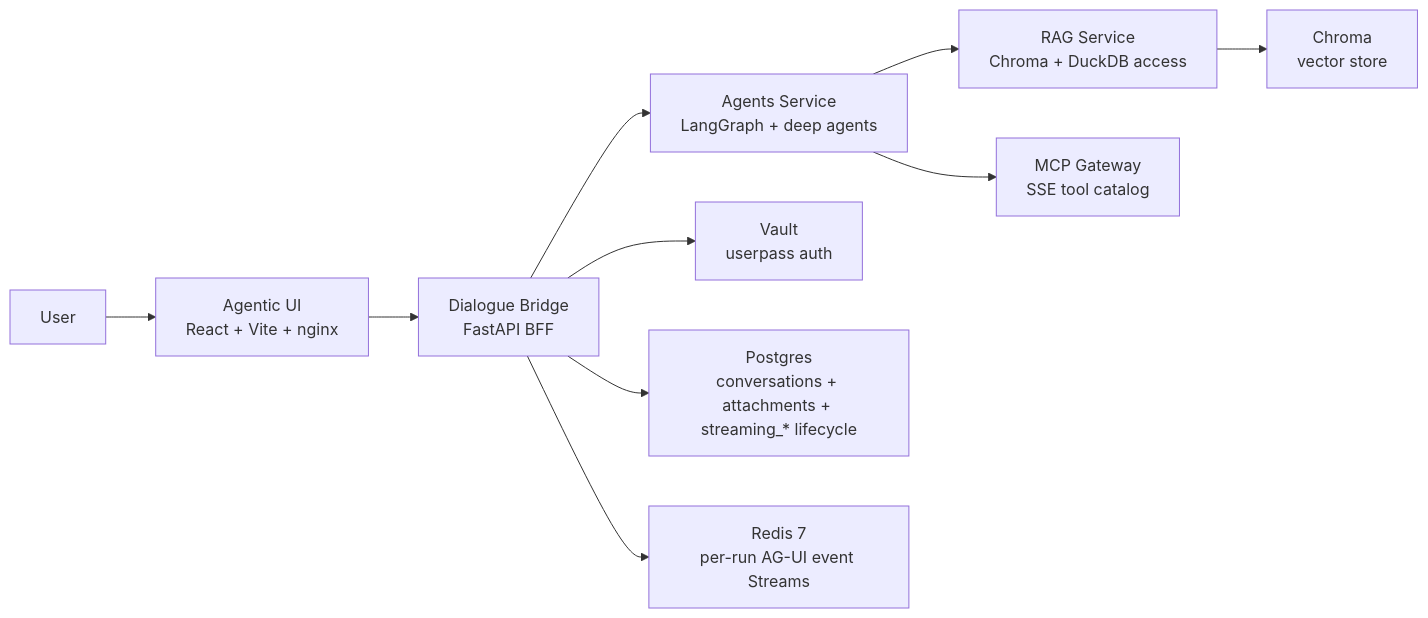
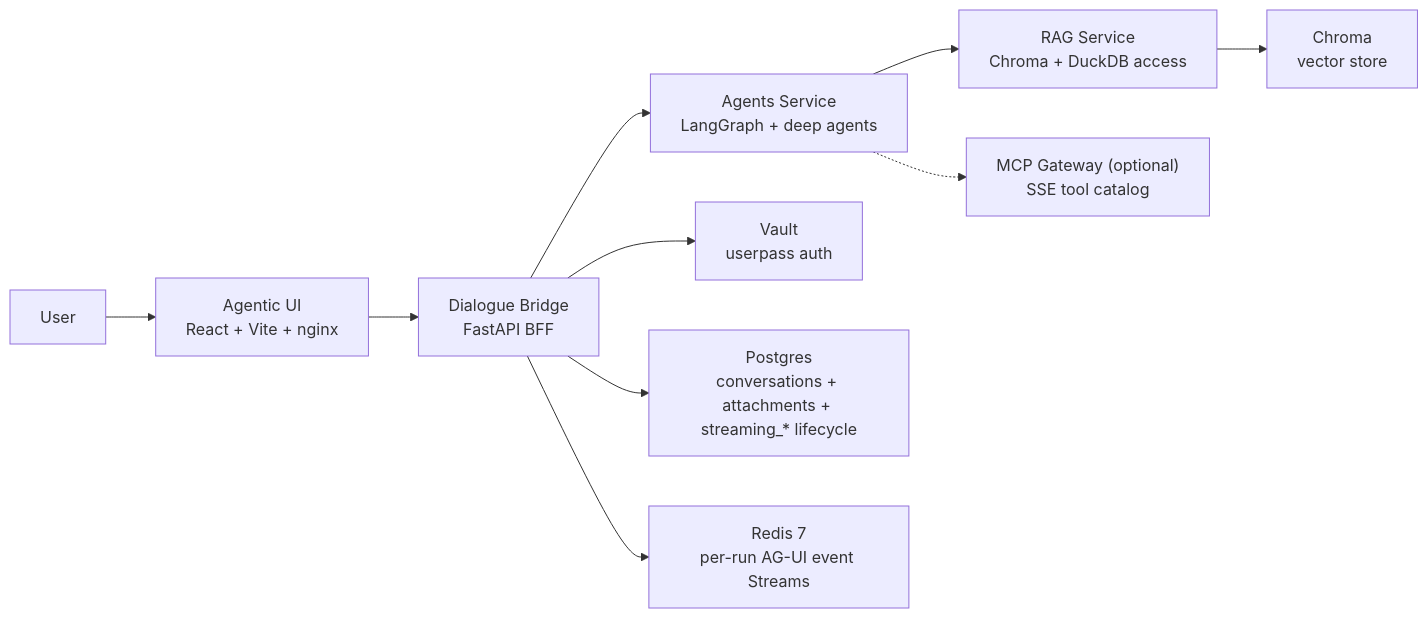
One commit to konstantinosmpouros/mAgenticX changed the second of 9 diagrams in README.md. Above: the diagram before and after it, drawn with Mermaid. The commit also changed other lines of this file and 31 other files, not shown here.

````diff
--- a/README.md
+++ b/README.md
@@ -86,23 +86,23 @@
 ```mermaid
 flowchart LR
     User["User"]
     UI["Agentic UI\nReact + Vite + nginx"]
     Bridge["Dialogue Bridge\nFastAPI BFF"]
     Agents["Agents Service\nLangGraph + deep agents"]
     RAG["RAG Service\nChroma + DuckDB access"]
-    MCP["MCP Gateway\nSSE tool catalog"]
+    MCP["MCP Gateway (optional)\nSSE tool catalog"]
     Vault["Vault\nuserpass auth"]
     PG["Postgres\nconversations + attachments + streaming_* lifecycle"]
     Redis["Redis 7\nper-run AG-UI event Streams"]
     Chroma["Chroma\nvector store"]
 
     User --> UI
     UI --> Bridge
     Bridge --> Vault
     Bridge --> PG
     Bridge --> Redis
     Bridge --> Agents
     Agents --> RAG
-    Agents --> MCP
+    Agents -.-> MCP
     RAG --> Chroma
 ```
````
